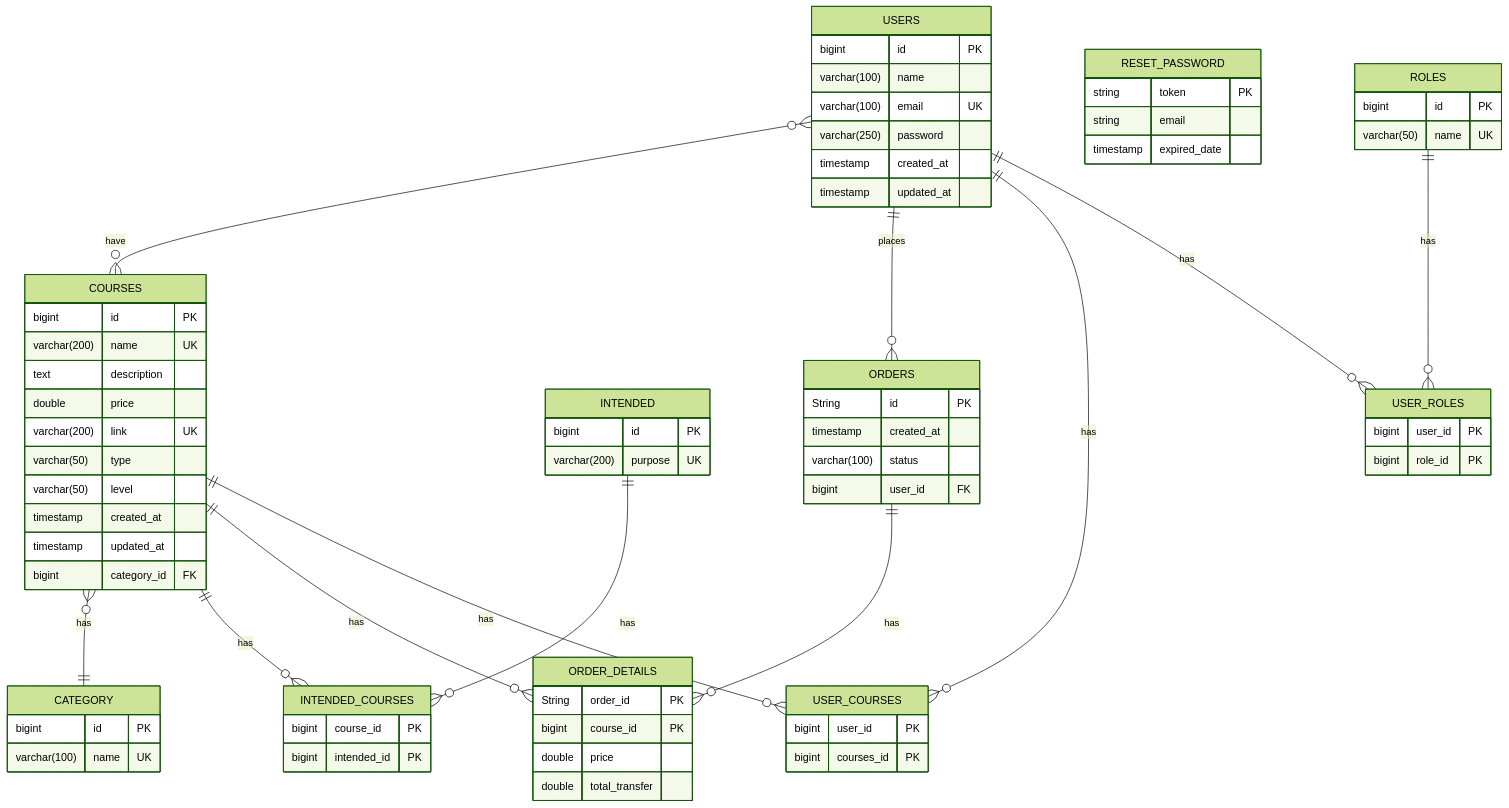
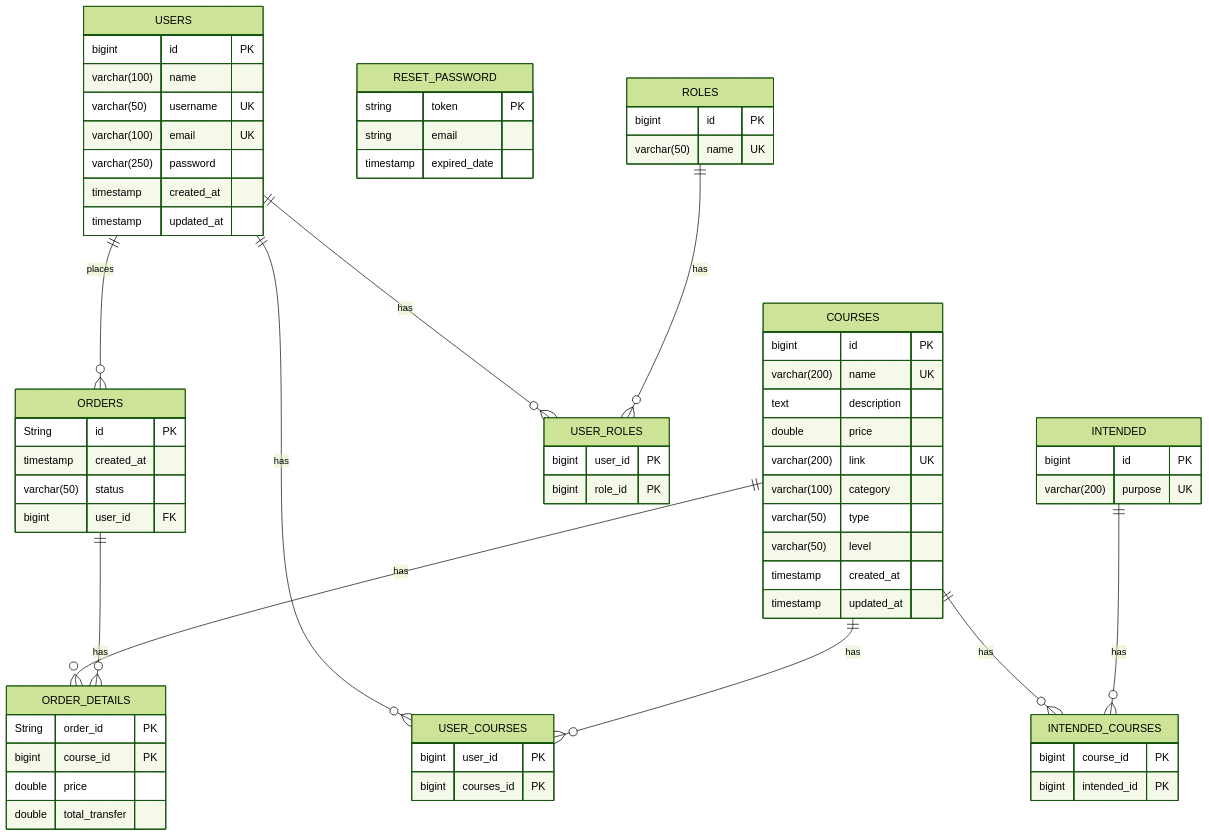
Before and after one commit to binar-final-project-kelompok7/course-in: the diagram in ERD.md, drawn with Mermaid (forest theme). The commit also changed 1 other file, not shown here.

Commit message:
update: ERD.md

```diff
--- a/ERD.md
+++ b/ERD.md
@@ -5,6 +5,7 @@
     USERS {
         bigint id PK
         varchar(100) name
+        varchar(50) username UK
         varchar(100) email UK
         varchar(250) password
         timestamp created_at
@@ -17,23 +18,17 @@
         text description
         double price
         varchar(200) link UK
+        varchar(100) category
         varchar(50) type
         varchar(50) level
         timestamp created_at
         timestamp updated_at
-        bigint category_id FK
     }
 
     RESET_PASSWORD {
         string token PK
         string email
         timestamp expired_date
-    }
-
-    CATEGORY {
-        bigint id PK
-        varchar(100) name UK
-
     }
 
     INTENDED {
@@ -64,7 +59,7 @@
     ORDERS {
         String id PK
         timestamp created_at
-        varchar(100) status
+        varchar(50) status
         bigint user_id FK
     }
 
@@ -74,13 +69,11 @@
         double price
         double total_transfer
     }
-
-    USERS }o--o{ COURSES : have
+    
     USERS ||--o{ ORDERS : places
     USERS ||--o{ USER_COURSES : has
     USERS ||--o{ USER_ROLES : has
     ROLES ||--o{ USER_ROLES : has
-    COURSES }o--|| CATEGORY : has
     COURSES ||--o{ INTENDED_COURSES : has
     COURSES ||--o{ ORDER_DETAILS : has
     COURSES ||--o{ USER_COURSES : has
```
